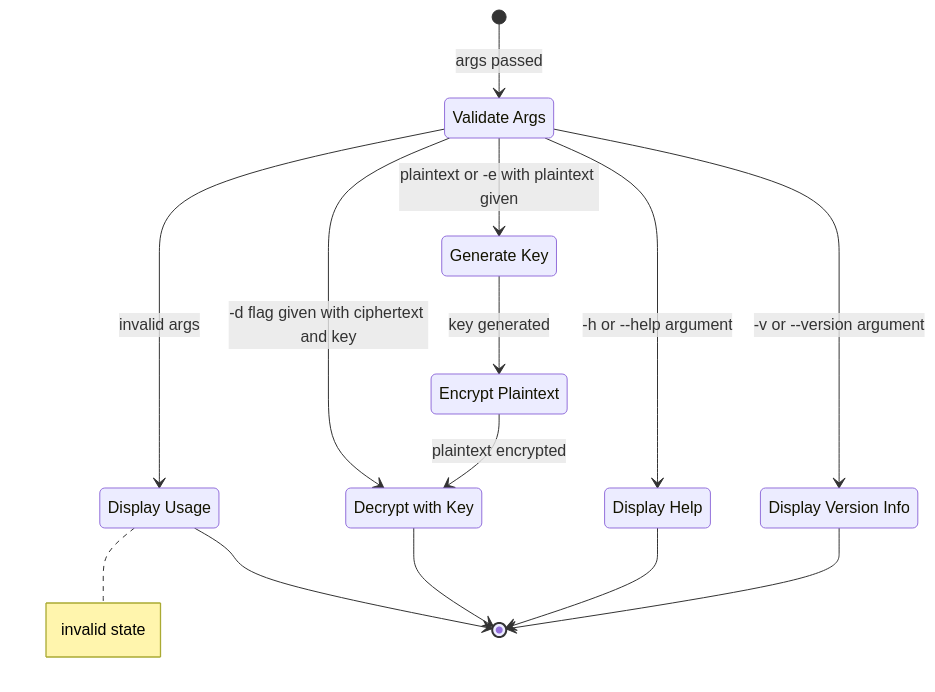
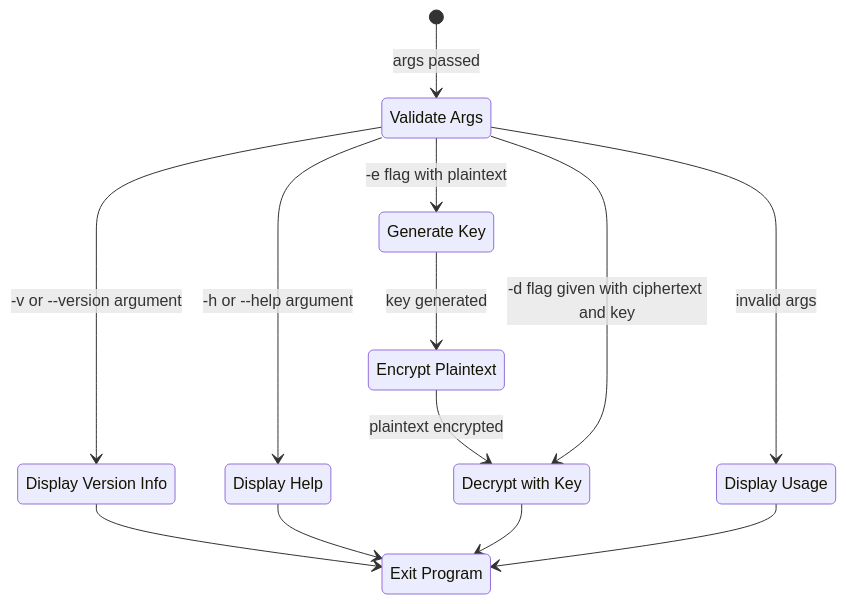
The diagram in state_diagram.mmd (kcajeel/otp), drawn with Mermaid before and after one commit.

```diff
--- a/state_diagram.mmd
+++ b/state_diagram.mmd
@@ -1,22 +1,22 @@
 stateDiagram-v2
 q0: Validate Args
 q1: Display Version Info
 q2: Display Help
 q3: Generate Key
 q4: Encrypt Plaintext
 q5: Decrypt with Key
 q6: Display Usage
-    note right of q6: invalid state
+q7: Exit Program
 
 [*] --> q0: args passed
 q0 --> q1: -v or --version argument
-    q1 --> [*]
+    q1 --> q7
 q0 --> q2: -h or --help argument
-    q2 --> [*]
-q0 --> q3: plaintext or -e with plaintext given
+    q2 --> q7
+q0 --> q3: -e flag with plaintext
 q0 --> q6: invalid args
 q3 --> q4: key generated
 q4 --> q5: plaintext encrypted
-    q5 --> [*]
+    q5 --> q7
 q0 --> q5: -d flag given with ciphertext and key
-q6 --> [*]
+q6 --> q7
```
